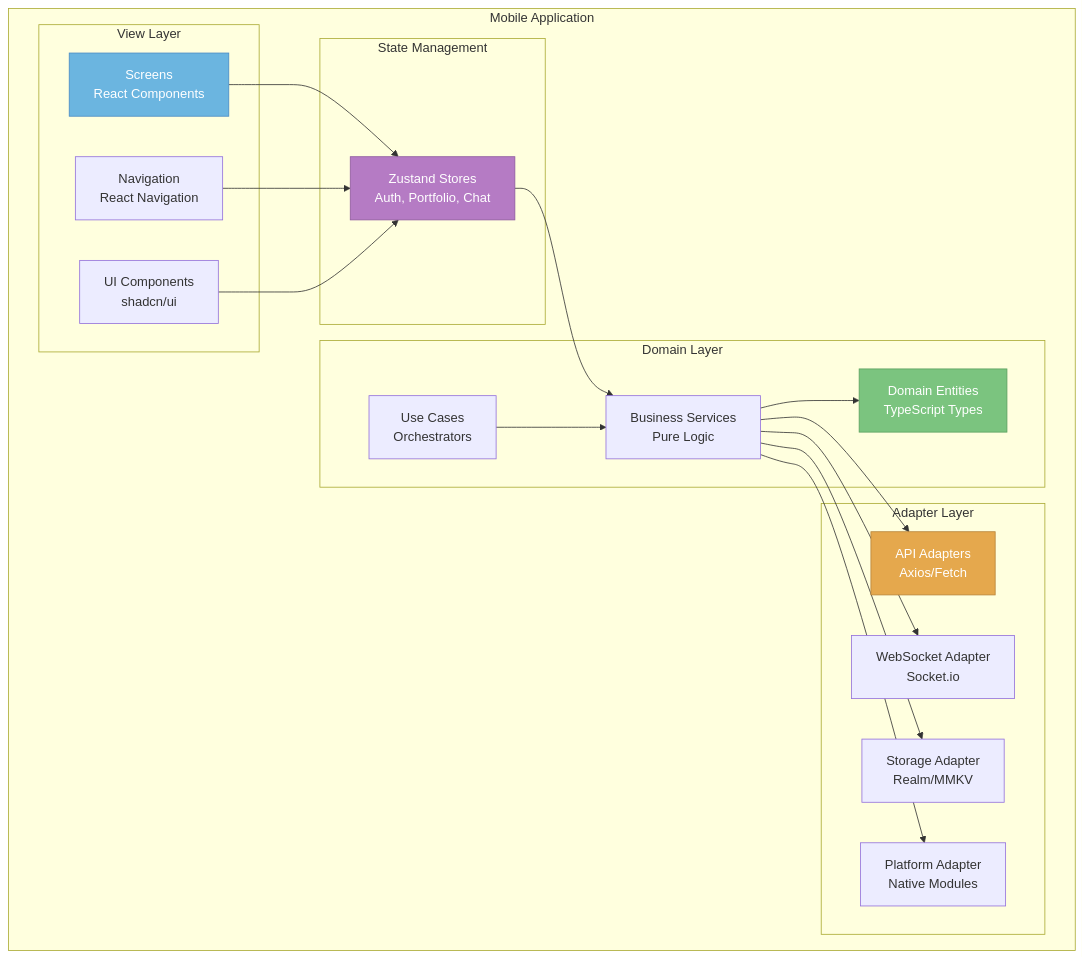
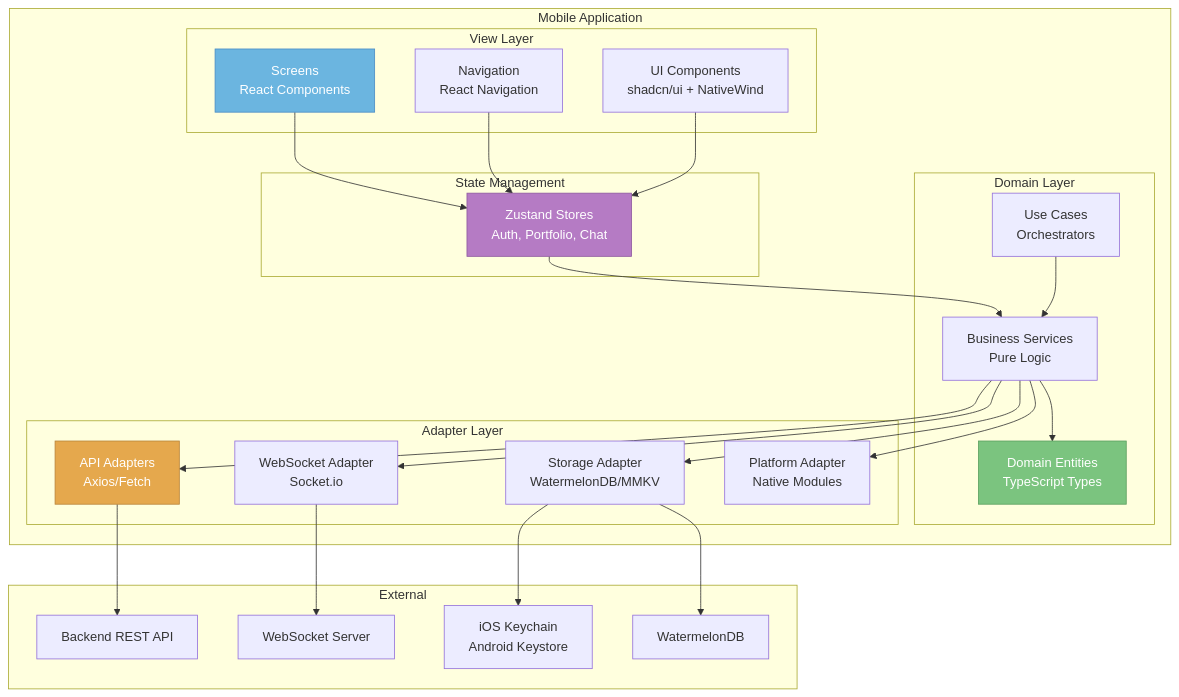
The second of 9 diagrams in docs/design/system-design.md (vovkins/agents-react-native-experiment-2), drawn with Mermaid before and after one commit. The commit also changed other lines of this file, not shown here.

````diff
--- a/docs/design/system-design.md
+++ b/docs/design/system-design.md
@@ -101,43 +96,55 @@
 ```mermaid
 graph TB
     subgraph "Mobile Application"
         subgraph "View Layer"
             Screens[Screens<br/>React Components]
             Nav[Navigation<br/>React Navigation]
-            UI[UI Components<br/>shadcn/ui]
+            UI[UI Components<br/>shadcn/ui + NativeWind]
         end
         
         subgraph "Domain Layer"
             Entities[Domain Entities<br/>TypeScript Types]
             Services[Business Services<br/>Pure Logic]
             UseCases[Use Cases<br/>Orchestrators]
         end
         
         subgraph "Adapter Layer"
             APIAdapters[API Adapters<br/>Axios/Fetch]
             WSAdapter[WebSocket Adapter<br/>Socket.io]
-            StorageAdapter[Storage Adapter<br/>Realm/MMKV]
+            StorageAdapter[Storage Adapter<br/>WatermelonDB/MMKV]
             PlatformAdapter[Platform Adapter<br/>Native Modules]
         end
         
         subgraph "State Management"
             Zustand[Zustand Stores<br/>Auth, Portfolio, Chat]
         end
+    end
+    
+    subgraph "External"
+        BackendAPI[Backend REST API]
+        WebSocketServer[WebSocket Server]
+        SecureStorage[iOS Keychain<br/>Android Keystore]
+        LocalDB[WatermelonDB]
     end
     
     Screens --> Zustand
     Nav --> Zustand
     UI --> Zustand
     Zustand --> Services
     Services --> Entities
     UseCases --> Services
     Services --> APIAdapters
     Services --> WSAdapter
     Services --> StorageAdapter
     Services --> PlatformAdapter
     
+    APIAdapters --> BackendAPI
+    WSAdapter --> WebSocketServer
+    StorageAdapter --> SecureStorage
+    StorageAdapter --> LocalDB
+    
     style Screens fill:#6BB5E0,stroke:#4A8BC4,color:#fff
     style Entities fill:#7BC47F,stroke:#5BA05F,color:#fff
     style APIAdapters fill:#E5A84D,stroke:#B8843A,color:#fff
     style Zustand fill:#B57BC4,stroke:#8F5A9F,color:#fff
 ```
````
